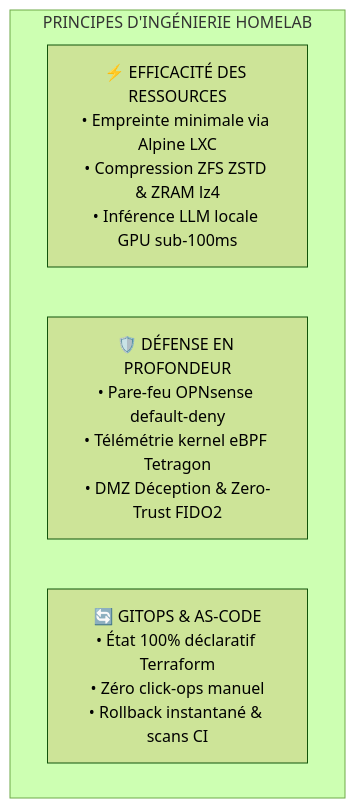
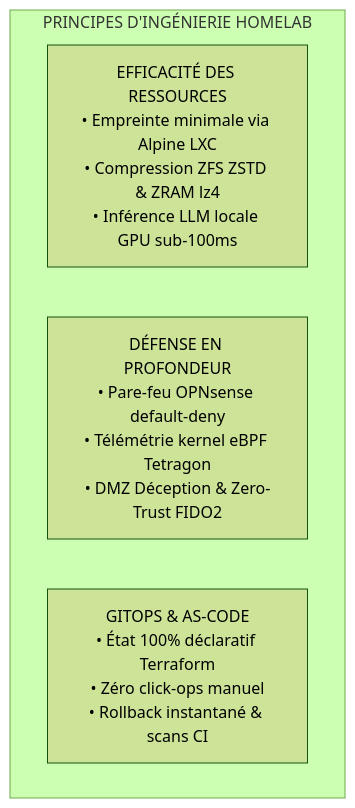
Before and after one commit to stefanutc1/datacenter: the first of 3 diagrams in README.fr.md, drawn with Mermaid (forest theme). The commit also changed other lines of this file and 7 other files, not shown here.

````diff
--- a/README.fr.md
+++ b/README.fr.md
@@ -54,9 +54,9 @@
 ```mermaid
 flowchart LR
-    subgraph Principles["PRINCIPES D'INGÉNIERIE HOMELAB"]
-        direction LR
-        P1["⚡ EFFICACITÉ DES RESSOURCES<br/>• Empreinte minimale via Alpine LXC<br/>• Compression ZFS ZSTD & ZRAM lz4<br/>• Inférence LLM locale GPU sub-100ms"]
-        P2["🛡️ DÉFENSE EN PROFONDEUR<br/>• Pare-feu OPNsense default-deny<br/>• Télémétrie kernel eBPF Tetragon<br/>• DMZ Déception & Zero-Trust FIDO2"]
-        P3["🔄 GITOPS & AS-CODE<br/>• État 100% déclaratif Terraform<br/>• Zéro click-ops manuel<br/>• Rollback instantané & scans CI"]
-    end
+ subgraph Principles["PRINCIPES D'INGÉNIERIE HOMELAB"]
+ direction LR
+ P1["EFFICACITÉ DES RESSOURCES<br/>• Empreinte minimale via Alpine LXC<br/>• Compression ZFS ZSTD & ZRAM lz4<br/>• Inférence LLM locale GPU sub-100ms"]
+ P2["DÉFENSE EN PROFONDEUR<br/>• Pare-feu OPNsense default-deny<br/>• Télémétrie kernel eBPF Tetragon<br/>• DMZ Déception & Zero-Trust FIDO2"]
+ P3["GITOPS & AS-CODE<br/>• État 100% déclaratif Terraform<br/>• Zéro click-ops manuel<br/>• Rollback instantané & scans CI"]
+ end
 ```
````
